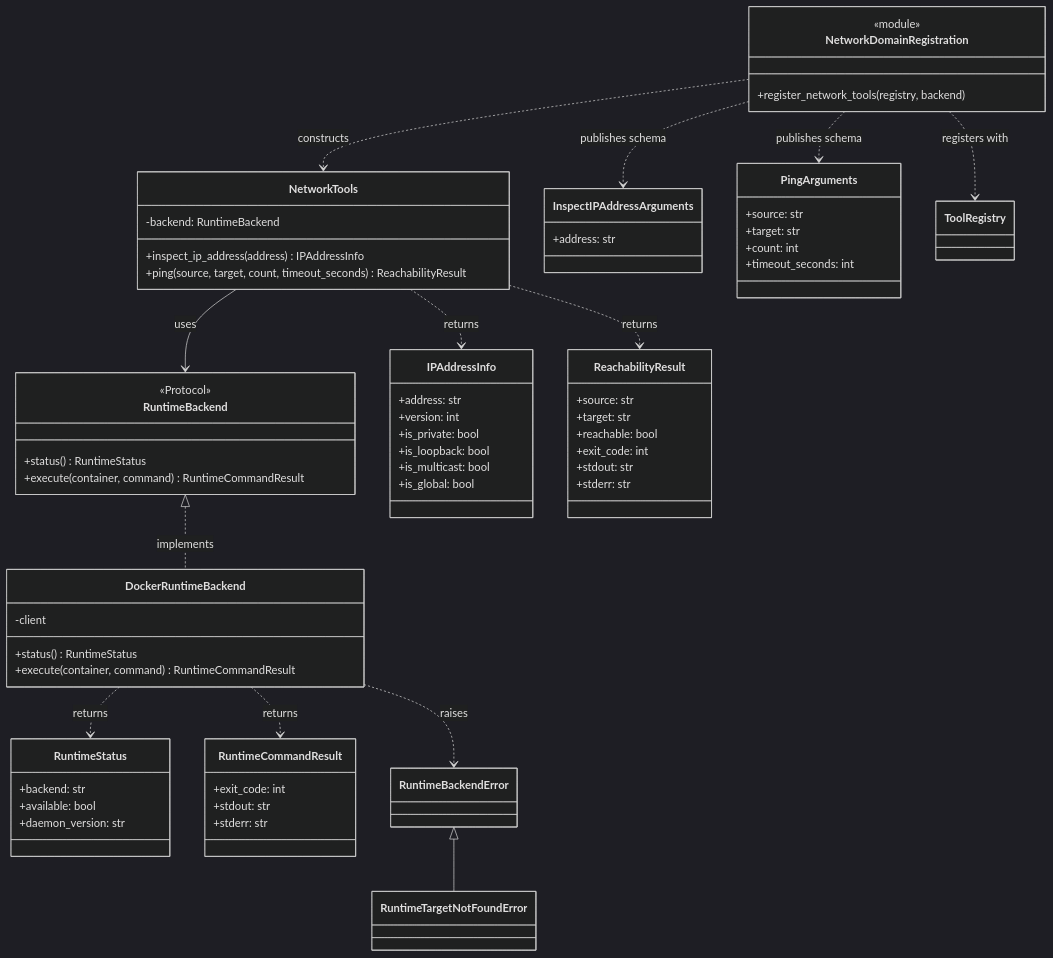
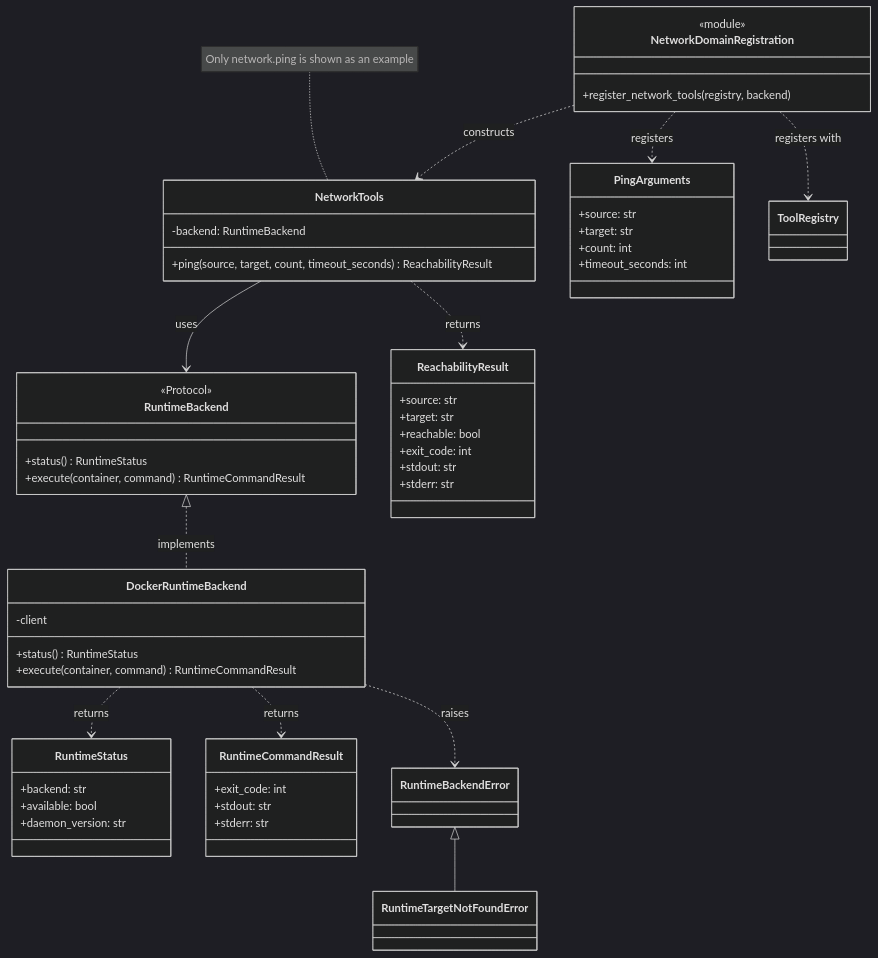
The third of 4 diagrams in docs/tool-service/class-structure.md (hhy123415/seedemu-agent-tools), drawn with Mermaid (dark theme) before and after one commit. The commit also changed other lines of this file and 7 other files, not shown here.

```diff
--- a/docs/tool-service/class-structure.md
+++ b/docs/tool-service/class-structure.md
@@ -104,7 +106,6 @@
 
     class NetworkTools {
         -backend: RuntimeBackend
-        +inspect_ip_address(address) IPAddressInfo
         +ping(source, target, count, timeout_seconds) ReachabilityResult
     }
 
@@ -118,19 +119,6 @@
         -client
         +status() RuntimeStatus
         +execute(container, command) RuntimeCommandResult
-    }
-
-    class InspectIPAddressArguments {
-        +address: str
-    }
-
-    class IPAddressInfo {
-        +address: str
-        +version: int
-        +is_private: bool
-        +is_loopback: bool
-        +is_multicast: bool
-        +is_global: bool
     }
 
     class PingArguments {
@@ -165,13 +153,13 @@
     class RuntimeTargetNotFoundError
     class ToolRegistry
 
+    note for NetworkTools "Only network.ping is shown as an example"
+
     RuntimeBackend <|.. DockerRuntimeBackend : implements
     NetworkTools --> RuntimeBackend : uses
     NetworkDomainRegistration ..> NetworkTools : constructs
     NetworkDomainRegistration ..> ToolRegistry : registers with
-    NetworkDomainRegistration ..> InspectIPAddressArguments : publishes schema
-    NetworkDomainRegistration ..> PingArguments : publishes schema
-    NetworkTools ..> IPAddressInfo : returns
+    NetworkDomainRegistration ..> PingArguments : registers
     NetworkTools ..> ReachabilityResult : returns
     DockerRuntimeBackend ..> RuntimeStatus : returns
     DockerRuntimeBackend ..> RuntimeCommandResult : returns
```
